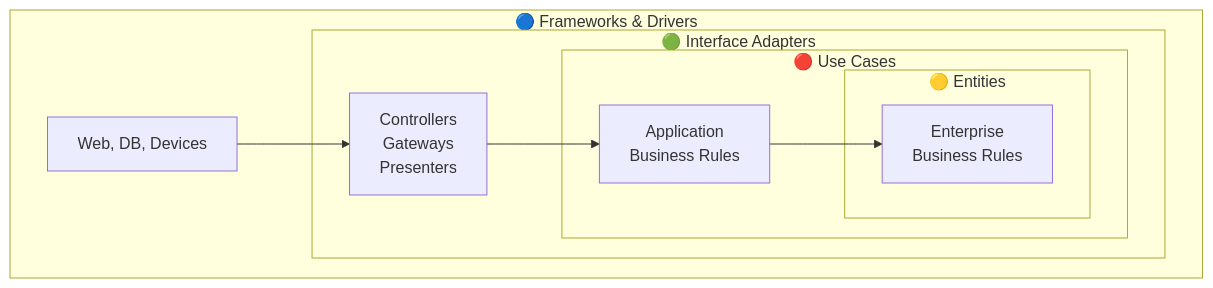
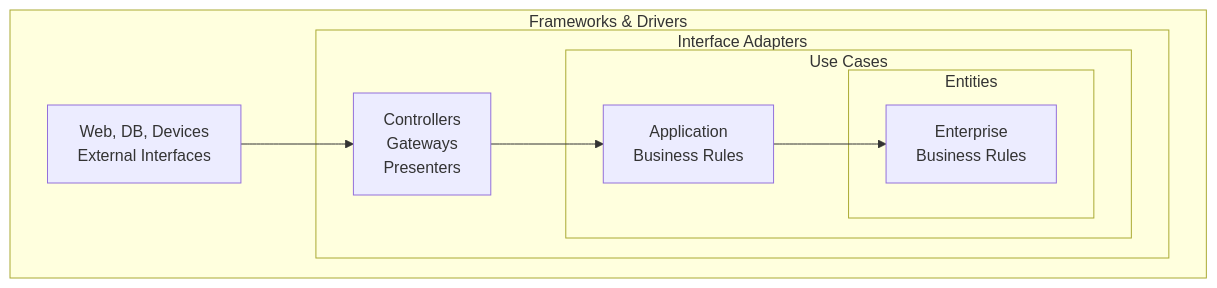
The first of 10 diagrams in content/en/docs/ddd/concepts/clean-architecture.md (advanced-beginner/advanced-beginner.github.io), drawn with Mermaid before and after one commit. The commit also changed other lines of this file and 26 other files, not shown here.

````diff
--- a/content/en/docs/ddd/concepts/clean-architecture.md
+++ b/content/en/docs/ddd/concepts/clean-architecture.md
@@ -15,17 +23,17 @@
 ```mermaid
 flowchart TB
-    subgraph Outer["🔵 Frameworks & Drivers"]
-        subgraph Green["🟢 Interface Adapters"]
-            subgraph Red["🔴 Use Cases"]
-                subgraph Yellow["🟡 Entities"]
+    subgraph Outer["Frameworks & Drivers"]
+        subgraph Green["Interface Adapters"]
+            subgraph Red["Use Cases"]
+                subgraph Yellow["Entities"]
                     E["Enterprise<br>Business Rules"]
                 end
                 UC["Application<br>Business Rules"]
             end
             A["Controllers<br>Gateways<br>Presenters"]
         end
-        F["Web, DB, Devices"]
+        F["Web, DB, Devices<br>External Interfaces"]
     end
 
     F --> A --> UC --> E
 ```
````
